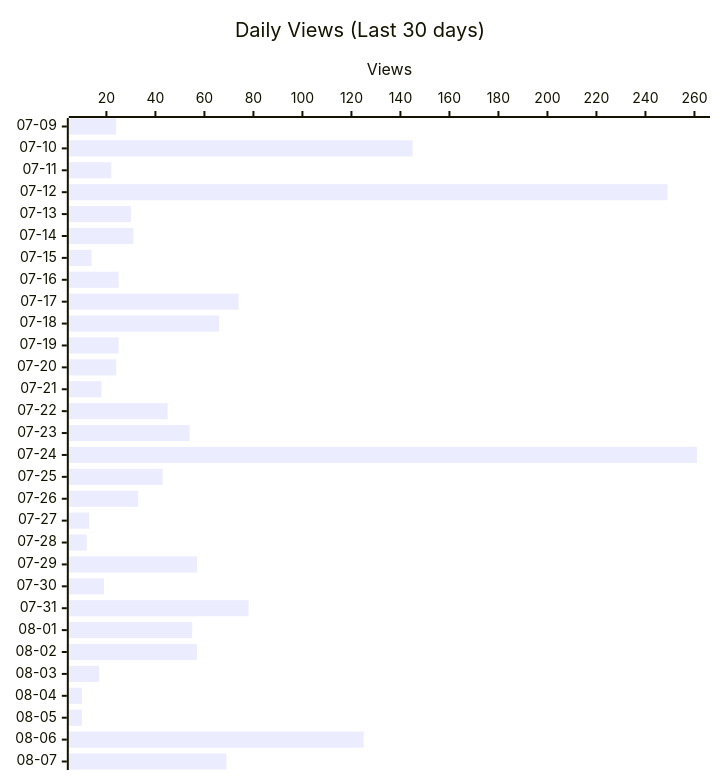
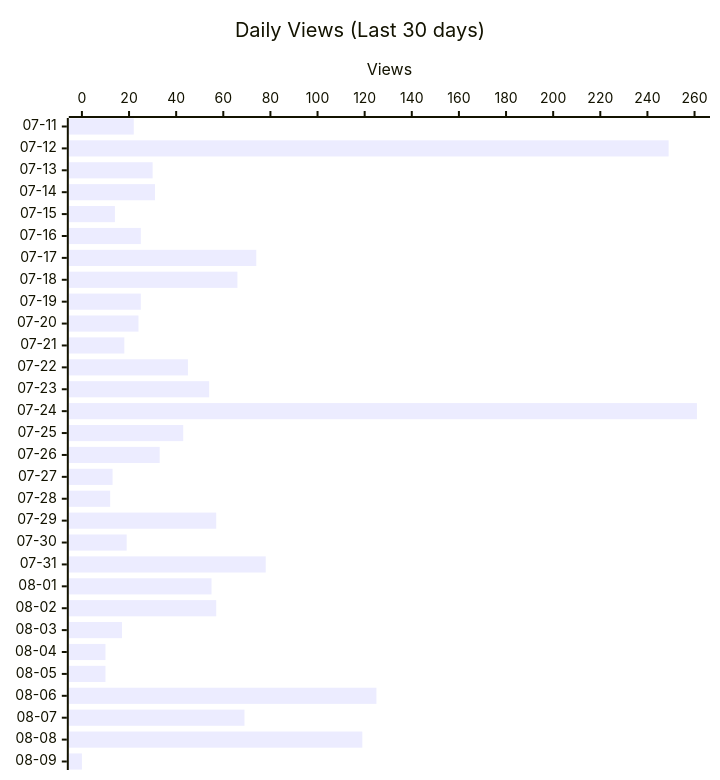
One commit to shigechika/github-insights changed the second of 4 diagrams in README.md. Above: the diagram before and after it, drawn with Mermaid. The commit also changed other lines of this file and 2 other files, not shown here.

````diff
--- a/README.md
+++ b/README.md
@@ -28,12 +28,12 @@
 ```mermaid
 ---
 config:
   xyChart:
     height: 760
 ---
 xychart-beta horizontal
     title "Daily Views (Last 30 days)"
-    x-axis ["07-09", "07-10", "07-11", "07-12", "07-13", "07-14", "07-15", "07-16", "07-17", "07-18", "07-19", "07-20", "07-21", "07-22", "07-23", "07-24", "07-25", "07-26", "07-27", "07-28", "07-29", "07-30", "07-31", "08-01", "08-02", "08-03", "08-04", "08-05", "08-06", "08-07"]
+    x-axis ["07-11", "07-12", "07-13", "07-14", "07-15", "07-16", "07-17", "07-18", "07-19", "07-20", "07-21", "07-22", "07-23", "07-24", "07-25", "07-26", "07-27", "07-28", "07-29", "07-30", "07-31", "08-01", "08-02", "08-03", "08-04", "08-05", "08-06", "08-07", "08-08", "08-09"]
     y-axis "Views"
-    bar [24, 145, 22, 249, 30, 31, 14, 25, 74, 66, 25, 24, 18, 45, 54, 261, 43, 33, 13, 12, 57, 19, 78, 55, 57, 17, 10, 10, 125, 69]
+    bar [22, 249, 30, 31, 14, 25, 74, 66, 25, 24, 18, 45, 54, 261, 43, 33, 13, 12, 57, 19, 78, 55, 57, 17, 10, 10, 125, 69, 119, 0]
 ```
````
